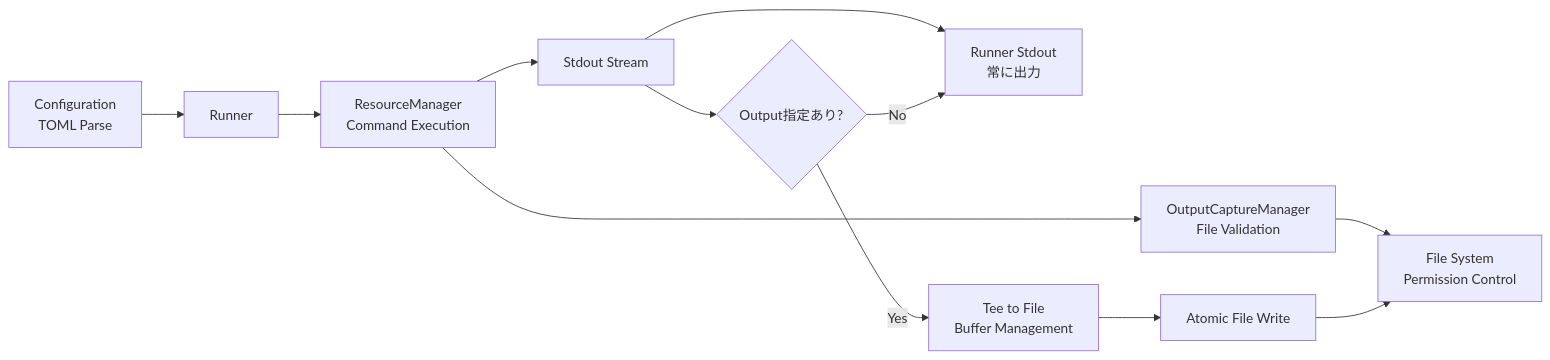
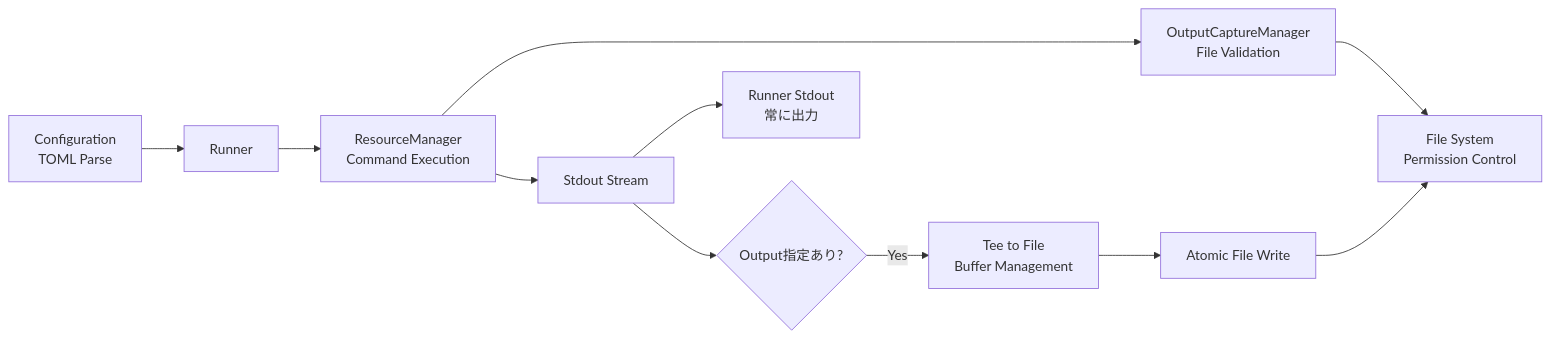
Before and after one commit to isseis/go-safe-cmd-runner: the second of 11 diagrams in docs/tasks/0025_command_output/02_architecture.md, drawn with Mermaid. The commit also changed other lines of this file and 2 other files, not shown here.

````diff
--- a/docs/tasks/0025_command_output/02_architecture.md
+++ b/docs/tasks/0025_command_output/02_architecture.md
@@ -37,15 +37,14 @@
 ```mermaid
 graph LR
     A[Configuration<br/>TOML Parse] --> B[Runner]
     B --> C[ResourceManager<br/>Command Execution]
     C --> D[OutputCaptureManager<br/>File Validation]
     D --> E[File System<br/>Permission Control]
 
     C --> F[Stdout Stream]
     F --> G[Runner Stdout<br/>常に出力]
     F --> H{Output指定あり?}
     H -->|Yes| I[Tee to File<br/>Buffer Management]
-    H -->|No| G
     I --> J[Atomic File Write]
     J --> E
 ```
````
